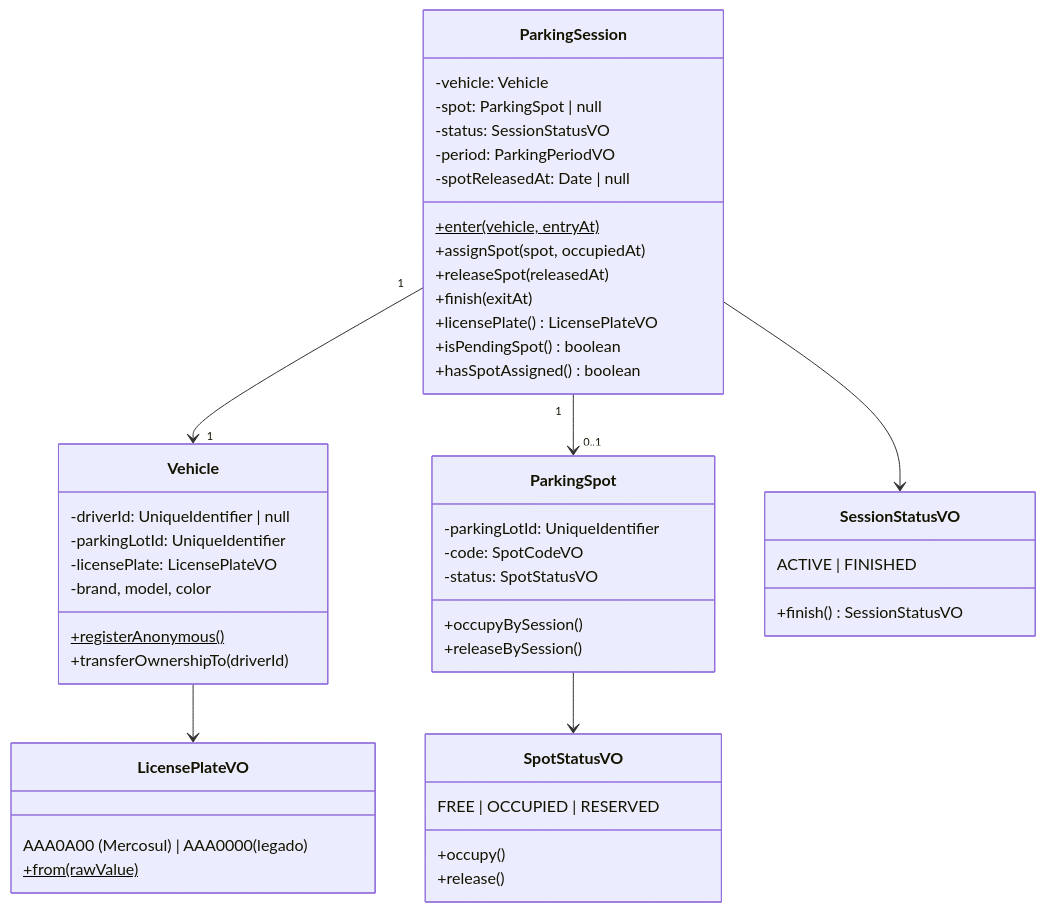
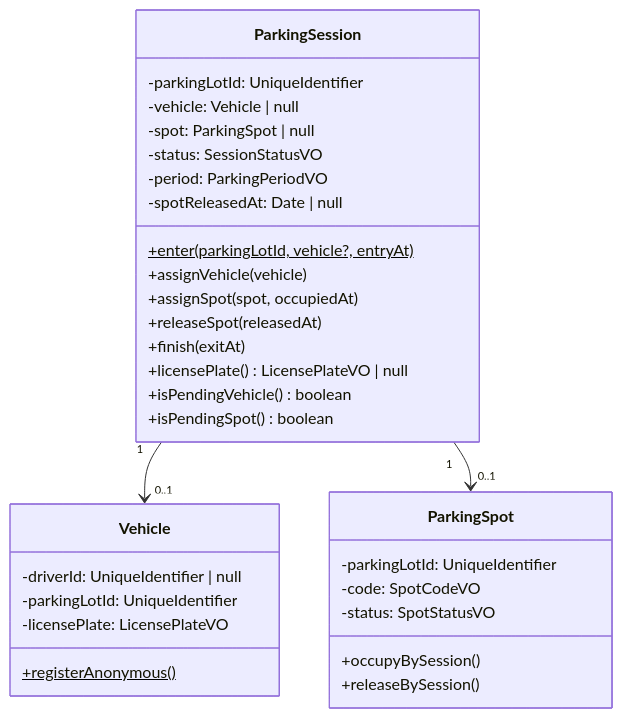
The third of 9 diagrams in docs/sprint-5-events-flow.md (luigimenezes13/parking), drawn with Mermaid before and after one commit. The commit also changed other lines of this file and 30 other files, not shown here.

Commit message:
feat: enhance parking session management by implementing pending vehicle handling, updating session creation logic, and refining event emission for vehicle entry and exit

````diff
--- a/docs/sprint-5-events-flow.md
+++ b/docs/sprint-5-events-flow.md
@@ -118,50 +152,34 @@
 ```mermaid
 classDiagram
     class ParkingSession {
-        -vehicle: Vehicle
+        -parkingLotId: UniqueIdentifier
+        -vehicle: Vehicle | null
         -spot: ParkingSpot | null
         -status: SessionStatusVO
         -period: ParkingPeriodVO
         -spotReleasedAt: Date | null
-        +enter(vehicle, entryAt)$
+        +enter(parkingLotId, vehicle?, entryAt)$
+        +assignVehicle(vehicle)
         +assignSpot(spot, occupiedAt)
         +releaseSpot(releasedAt)
         +finish(exitAt)
-        +licensePlate() LicensePlateVO
+        +licensePlate() LicensePlateVO | null
+        +isPendingVehicle() boolean
         +isPendingSpot() boolean
-        +hasSpotAssigned() boolean
     }
     class Vehicle {
         -driverId: UniqueIdentifier | null
         -parkingLotId: UniqueIdentifier
         -licensePlate: LicensePlateVO
-        -brand, model, color
         +registerAnonymous()$
-        +transferOwnershipTo(driverId)
     }
     class ParkingSpot {
         -parkingLotId: UniqueIdentifier
         -code: SpotCodeVO
         -status: SpotStatusVO
         +occupyBySession()
         +releaseBySession()
     }
-    class SessionStatusVO {
-        ACTIVE | FINISHED
-        +finish() SessionStatusVO
-    }
-    class SpotStatusVO {
-        FREE | OCCUPIED | RESERVED
-        +occupy()
-        +release()
-    }
-    class LicensePlateVO {
-        AAA0A00 (Mercosul) | AAA0000 (legado)
-        +from(rawValue)$
-    }
-    ParkingSession "1" --> "1" Vehicle
+    ParkingSession "1" --> "0..1" Vehicle
     ParkingSession "1" --> "0..1" ParkingSpot
-    ParkingSession --> SessionStatusVO
-    ParkingSpot --> SpotStatusVO
-    Vehicle --> LicensePlateVO
 ```
````
